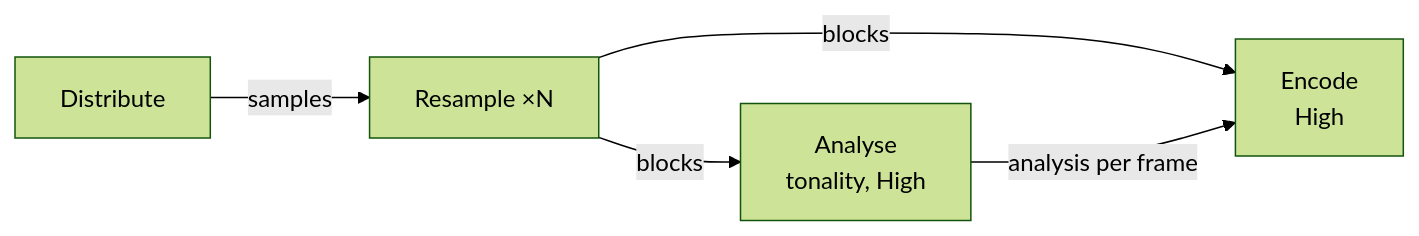
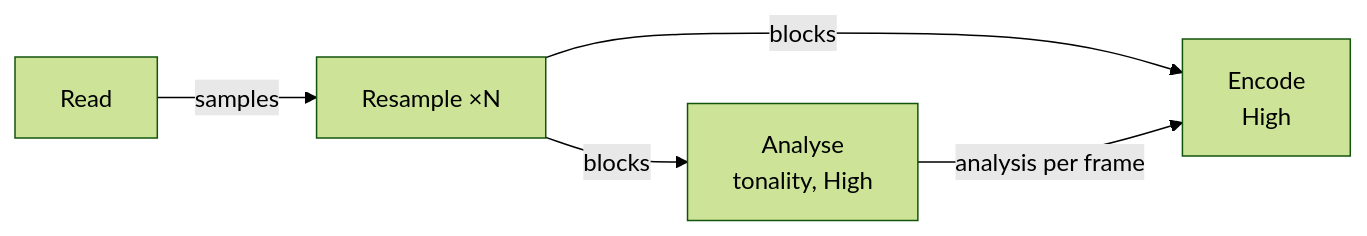
The third of 4 diagrams in ctOpus/docs/task-graph.md (ThinkMeta-com/ThinkMeta.ConcurrentTasks.Samples), drawn with Mermaid (forest theme) before and after one commit. The commit also changed other lines of this file and 700 other files, not shown here.

````diff
--- a/ctOpus/docs/task-graph.md
+++ b/ctOpus/docs/task-graph.md
@@ -118,7 +154,7 @@
 ```mermaid
 flowchart LR
-    R["Distribute"] -- "samples" --> W["Resample ×N"]
+    R["Read"] -- "samples" --> W["Resample ×N"]
     W -- "blocks" --> E["Encode<br/>High"]
     W -- "blocks" --> A["Analyse<br/>tonality, High"]
     A -- "analysis per frame" --> E
 ```
````
